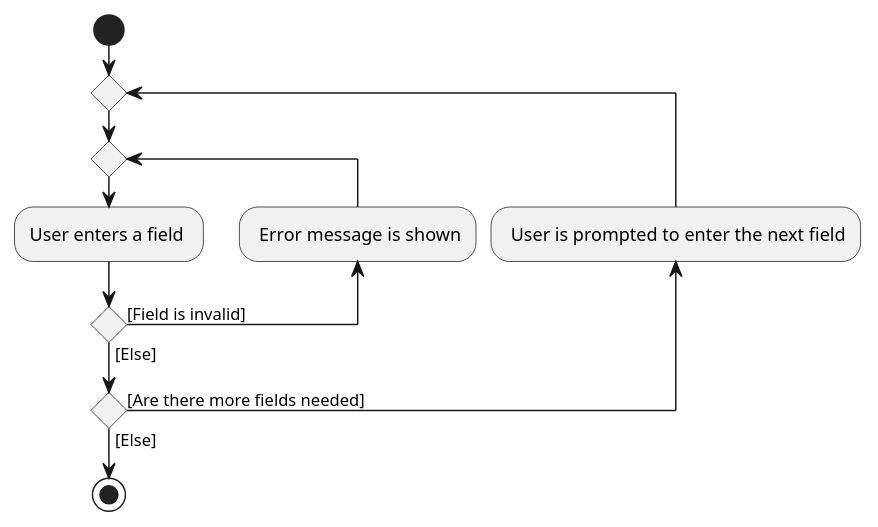
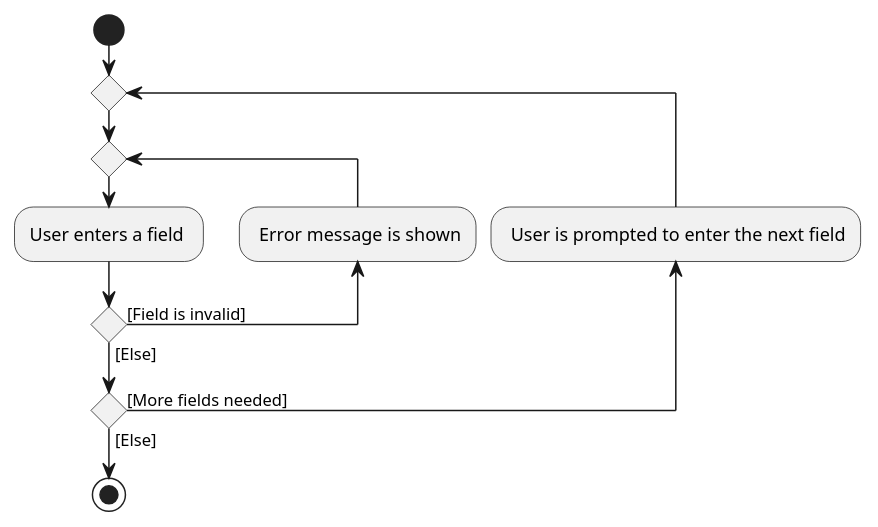
Before and after one commit to smolegz/tp: the diagram in diagrams/ProcessUserInputActivityDiagram.puml, drawn with PlantUML. The commit also changed 49 other files, not shown here.

```diff
--- a/diagrams/ProcessUserInputActivityDiagram.puml
+++ b/diagrams/ProcessUserInputActivityDiagram.puml
@@ -1,11 +1,11 @@
 @startuml
 start
 repeat
 repeat
   :User enters a field ;
 backward: Error message is shown;
 repeat while () is ([Field is invalid]) not ([Else])
 backward: User is prompted to enter the next field;
-repeat while () is ([Are there more fields needed]) not ([Else])
+repeat while () is ([More fields needed]) not ([Else])
 stop
 @enduml
```
